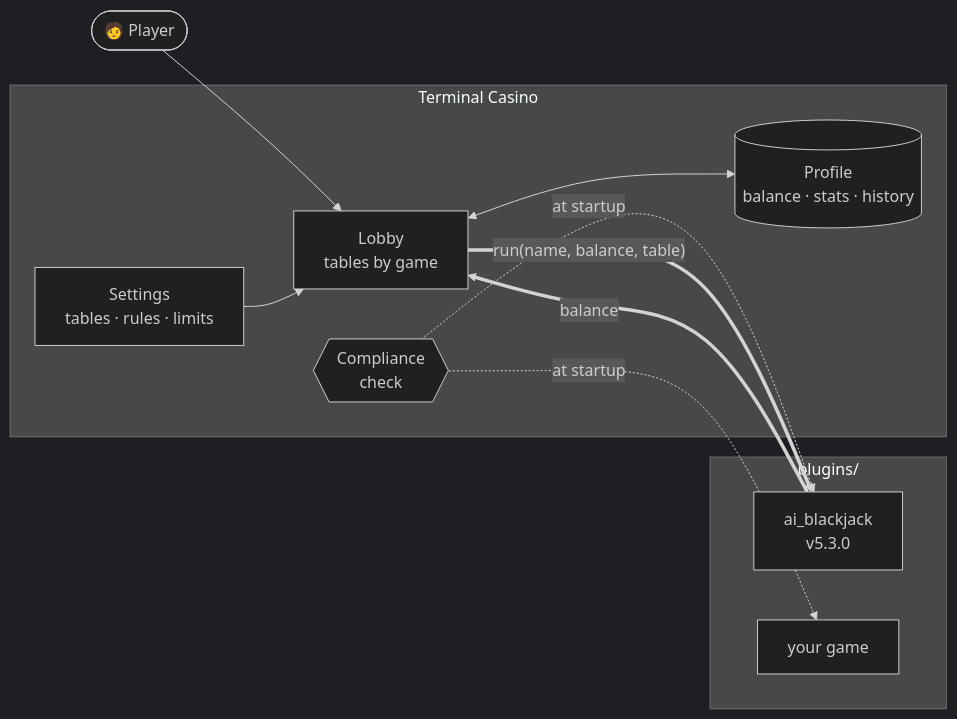
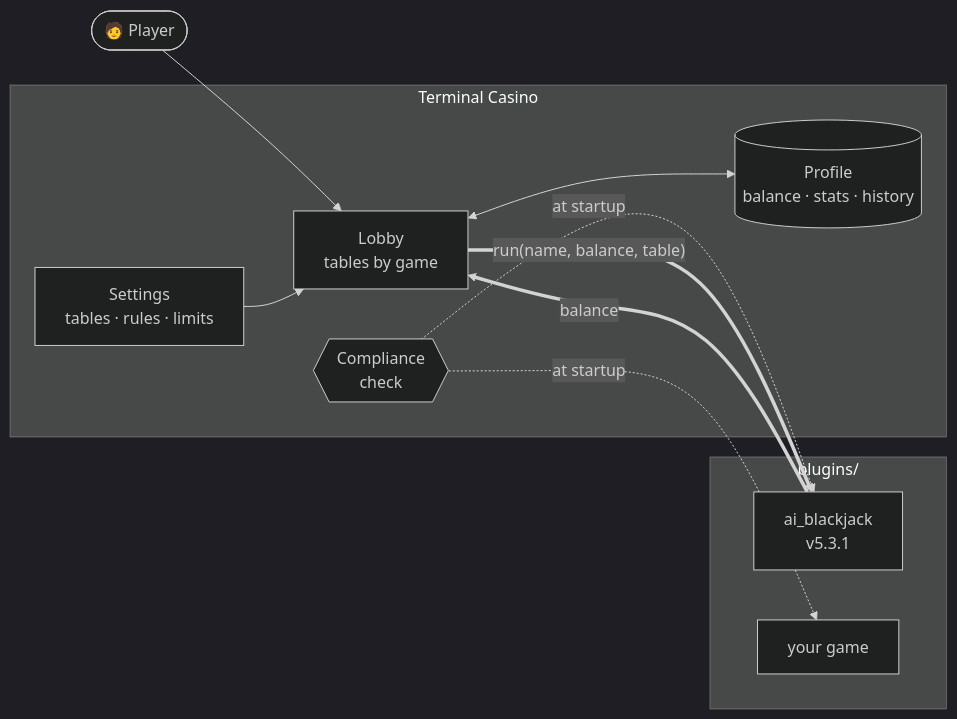
The diagram in README.md (ianjackson8/terminal_casino), drawn with Mermaid (dark theme) before and after one commit. The commit also changed other lines of this file and 16 other files, not shown here.

````diff
--- a/README.md
+++ b/README.md
@@ -188,23 +196,23 @@
 ```mermaid
 flowchart LR
   you(["🧑 Player"]) --> lobby
 
   subgraph casino ["Terminal Casino"]
     lobby["Lobby<br/>tables by game"]
     wallet[("Profile<br/>balance · stats · history")]
     settings["Settings<br/>tables · rules · limits"]
     check{{"Compliance<br/>check"}}
     lobby <--> wallet
     settings --> lobby
   end
 
   subgraph plugins ["plugins/"]
-    bj["ai_blackjack<br/>v5.3.0"]
+    bj["ai_blackjack<br/>v5.3.1"]
     next["your game"]
   end
 
   check -. "at startup" .-> bj
   check -. "at startup" .-> next
   lobby == "run(name, balance, table)" ==> bj
   bj == "balance" ==> lobby
 ```
````
